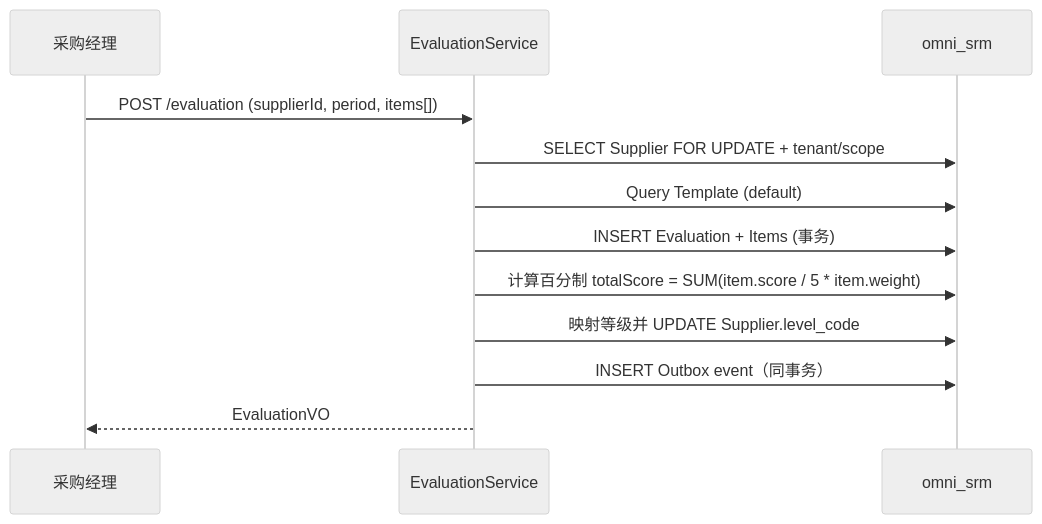
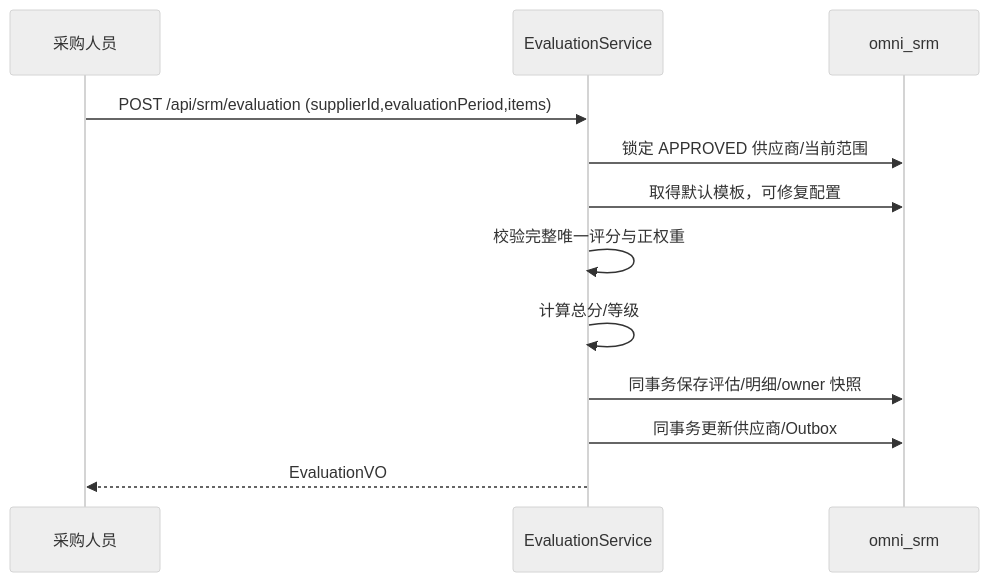
One commit to wang-baohai/Omni-Stack changed the fourth of 5 diagrams in docs/design/srm-design.md. Above: the diagram before and after it, drawn with Mermaid (neutral theme). The commit also changed other lines of this file and 1095 other files, not shown here.

````diff
--- a/docs/design/srm-design.md
+++ b/docs/design/srm-design.md
@@ -286,15 +289,14 @@
 ```mermaid
 sequenceDiagram
-    participant M as 采购经理
+    participant M as 采购人员
     participant S as EvaluationService
     participant DB as omni_srm
-
-    M->>S: POST /evaluation (supplierId, period, items[])
-    S->>DB: SELECT Supplier FOR UPDATE + tenant/scope
-    S->>DB: Query Template (default)
-    S->>DB: INSERT Evaluation + Items (事务)
-    S->>DB: 计算百分制 totalScore = SUM(item.score / 5 * item.weight)
-    S->>DB: 映射等级并 UPDATE Supplier.level_code
-    S->>DB: INSERT Outbox event（同事务）
+    M->>S: POST /api/srm/evaluation (supplierId,evaluationPeriod,items)
+    S->>DB: 锁定 APPROVED 供应商/当前范围
+    S->>DB: 取得默认模板，可修复配置
+    S->>S: 校验完整唯一评分与正权重
+    S->>S: 计算总分/等级
+    S->>DB: 同事务保存评估/明细/owner 快照
+    S->>DB: 同事务更新供应商/Outbox
     S-->>M: EvaluationVO
 ```
````
